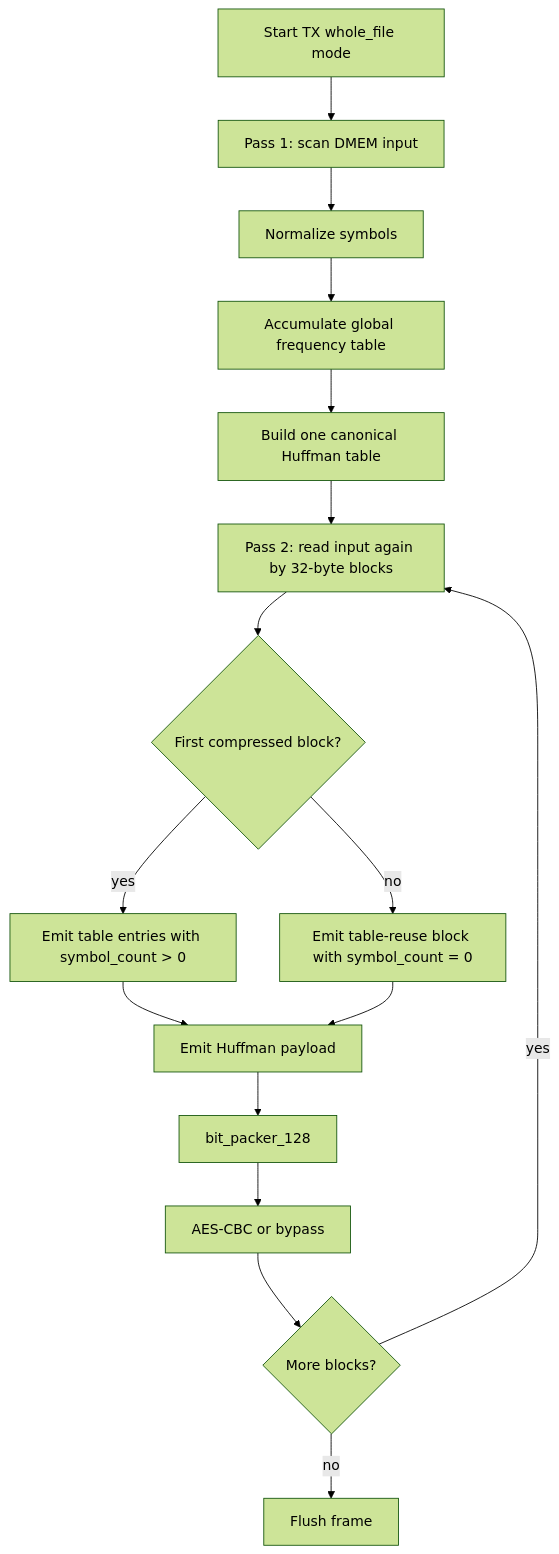
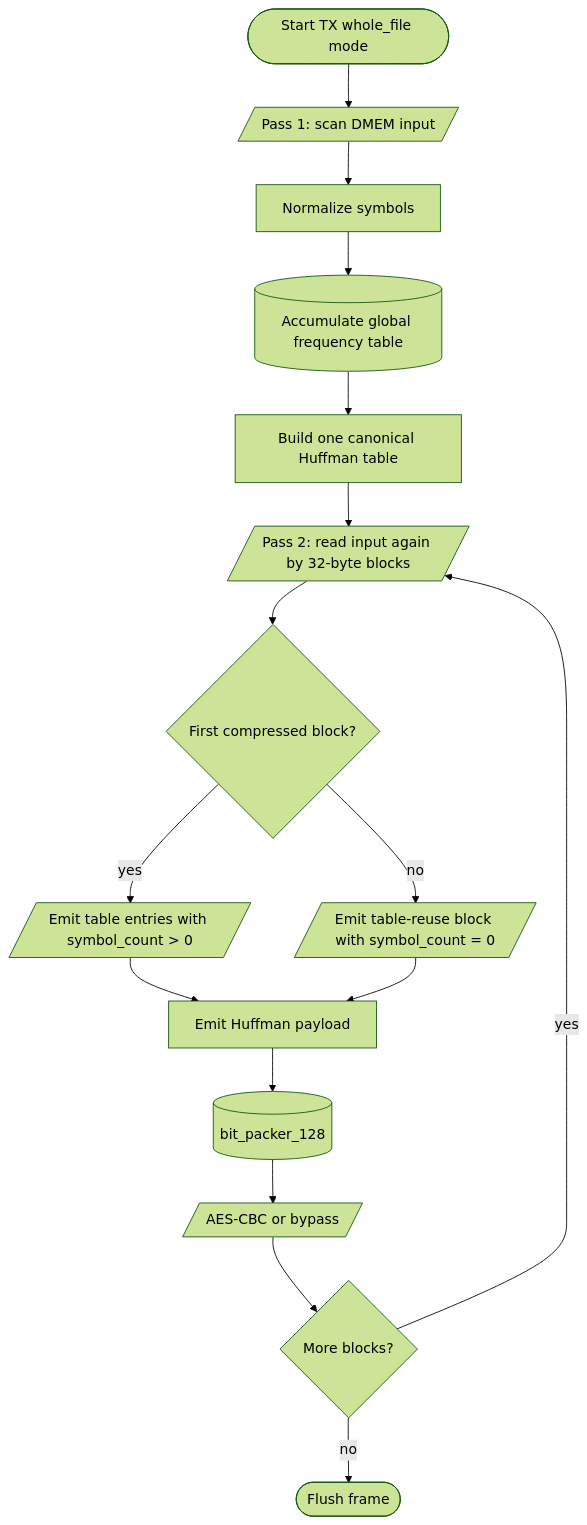
One commit to ngoquocan139/AES_huffman_all6 changed the diagram in docs/14_dynamic_whole_file_huffman_spec.md. Above: the diagram before and after it, drawn with Mermaid (forest theme). The commit also changed 28 other files, not shown here.

````diff
--- a/docs/14_dynamic_whole_file_huffman_spec.md
+++ b/docs/14_dynamic_whole_file_huffman_spec.md
@@ -43,18 +43,18 @@
 ```mermaid
 flowchart TD
-  A["Start TX whole_file mode"] --> B["Pass 1: scan DMEM input"]
+  A(["Start TX whole_file mode"]) --> B[/"Pass 1: scan DMEM input"/]
   B --> C["Normalize symbols"]
-  C --> D["Accumulate global frequency table"]
+  C --> D[("Accumulate global frequency table")]
   D --> E["Build one canonical Huffman table"]
-  E --> F["Pass 2: read input again by 32-byte blocks"]
+  E --> F[/"Pass 2: read input again by 32-byte blocks"/]
   F --> G{"First compressed block?"}
-  G -->|"yes"| H["Emit table entries with symbol_count > 0"]
-  G -->|"no"| I["Emit table-reuse block with symbol_count = 0"]
+  G -->|"yes"| H[/"Emit table entries with symbol_count > 0"/]
+  G -->|"no"| I[/"Emit table-reuse block with symbol_count = 0"/]
   H --> J["Emit Huffman payload"]
   I --> J
-  J --> K["bit_packer_128"]
-  K --> L["AES-CBC or bypass"]
+  J --> K[("bit_packer_128")]
+  K --> L[/"AES-CBC or bypass"/]
   L --> M{"More blocks?"}
   M -->|"yes"| F
-  M -->|"no"| N["Flush frame"]
+  M -->|"no"| N(["Flush frame"])
 ```
````
